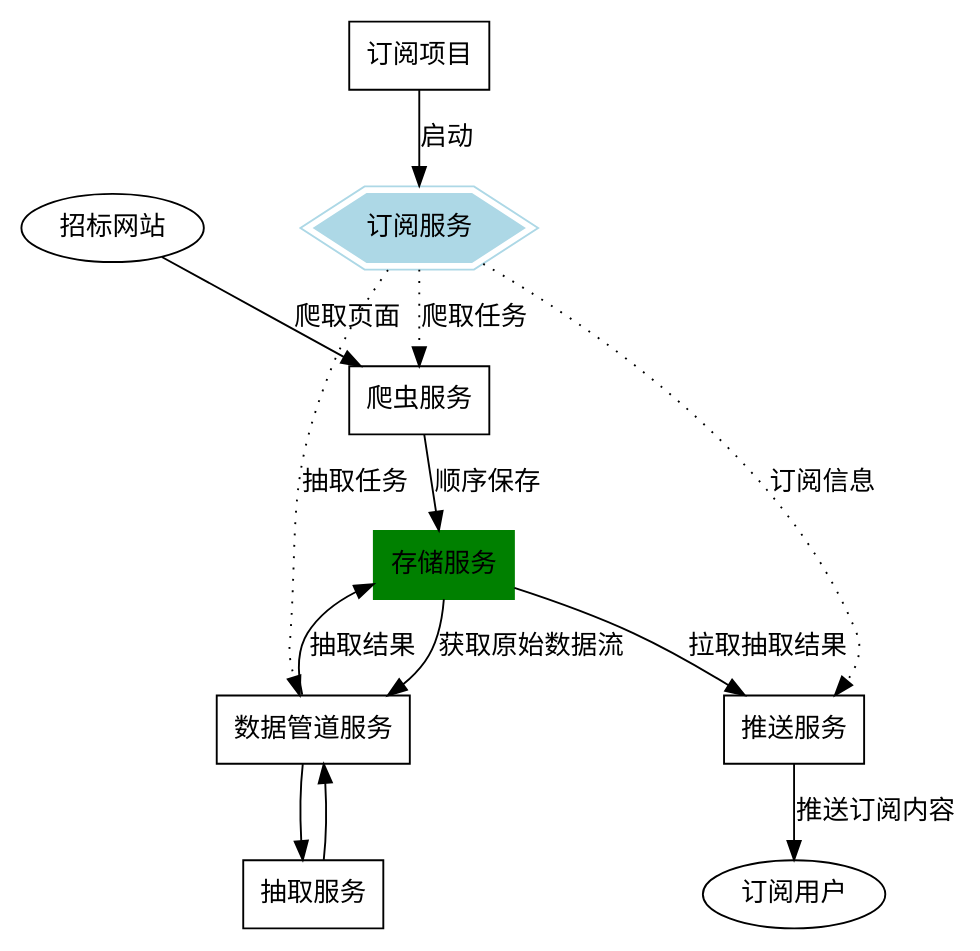
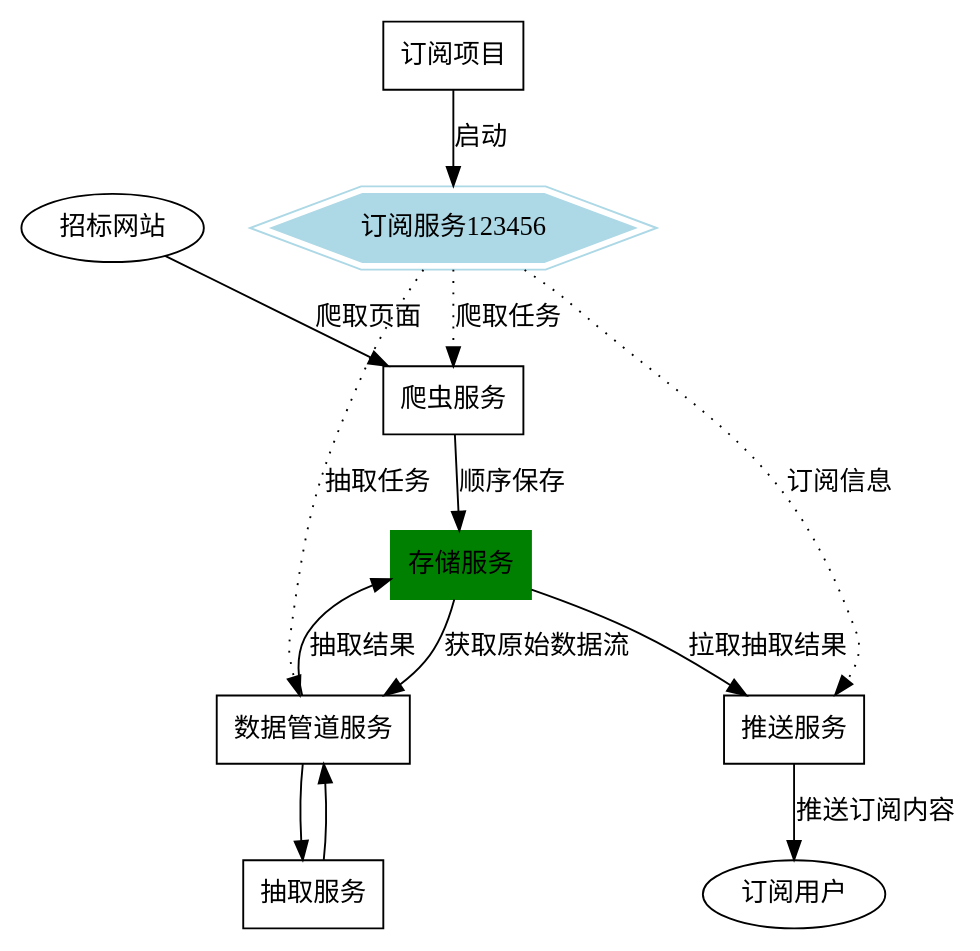
One commit to idleuncle/BasinSpaceBook changed the diagram in graphics/bidspy.dot. Above: the diagram before and after it, drawn with Graphviz. The commit also changed 1 other file, not shown here.

Commit message:
Fixed graphics/bidspy

```diff
--- a/graphics/bidspy.dot
+++ b/graphics/bidspy.dot
@@ -1,67 +1,67 @@
 digraph G{
     rankdir = TD;
 
     subgraph cSubscribe{
         node [shape=box];
         {
             rankdir = LR;
             subscribe_project [label="订阅项目"];
-            subscribe_service [label="订阅服务" shape=polygon, sides=6, peripheries=2, color=lightblue, style=filled];
+            subscribe_service [label="订阅服务123456" shape=polygon, sides=6, peripheries=2, color=lightblue, style=filled];
             subscribe_project -> subscribe_service [label="启动"];
         }
     }
 
     subgraph cBidspy{
         label="招标公告订阅";
         color=blue;
         rankdir = LR;
 
         // 控制流
         node [shape=box, fontname="SimSun" size="20,20"];
         {
             spider_service [label="爬虫服务"];
             //extraction_service [shape=record label="<x>|<f>抽取服务|<y>"];
             extraction_service [label="抽取服务"];
             pipeline_service [label="数据管道服务"];
             push_service [label="推送服务"];
 
             subscribe_service -> spider_service [label="爬取任务" style=dotted];
             //subscribe_service -> extraction_service [label="抽取任务" style=dotted];
             subscribe_service -> pipeline_service [label="抽取任务" style=dotted];
             subscribe_service -> push_service [label="订阅信息" style=dotted];
         }
         // 端到端 
         node [shape=ellipse, fontname="SimSun", size="20,20"]
         {
             data_source [label="招标网站"];
             target_user [label="订阅用户"];
 
             data_source -> spider_service [label="爬取页面"];
             push_service -> target_user [label="推送订阅内容"];
         }
 
     }
 
     subgraph cBasinSpace{
         label="BasinSpace";
         randir = LR;
 
         // 存取
         node [shape=box];
         {
             storage_service [label="存储服务" shape=box color=green style=filled];
 
             spider_service -> storage_service [label="顺序保存"];
             storage_service -> pipeline_service [label="获取原始数据流"];
             pipeline_service -> storage_service [label="抽取结果"];
             pipeline_service -> extraction_service [];
             extraction_service -> pipeline_service [];
             //storage_service -> extraction_service [label="获取原始数据流"];
             //extraction_service -> storage_service [label="抽取结果"];
             storage_service -> push_service [label="拉取抽取结果"];
         }
     }
 
 
     //{rank = same; subscribe_service; extraction_service; storage_service;}
 }
```
